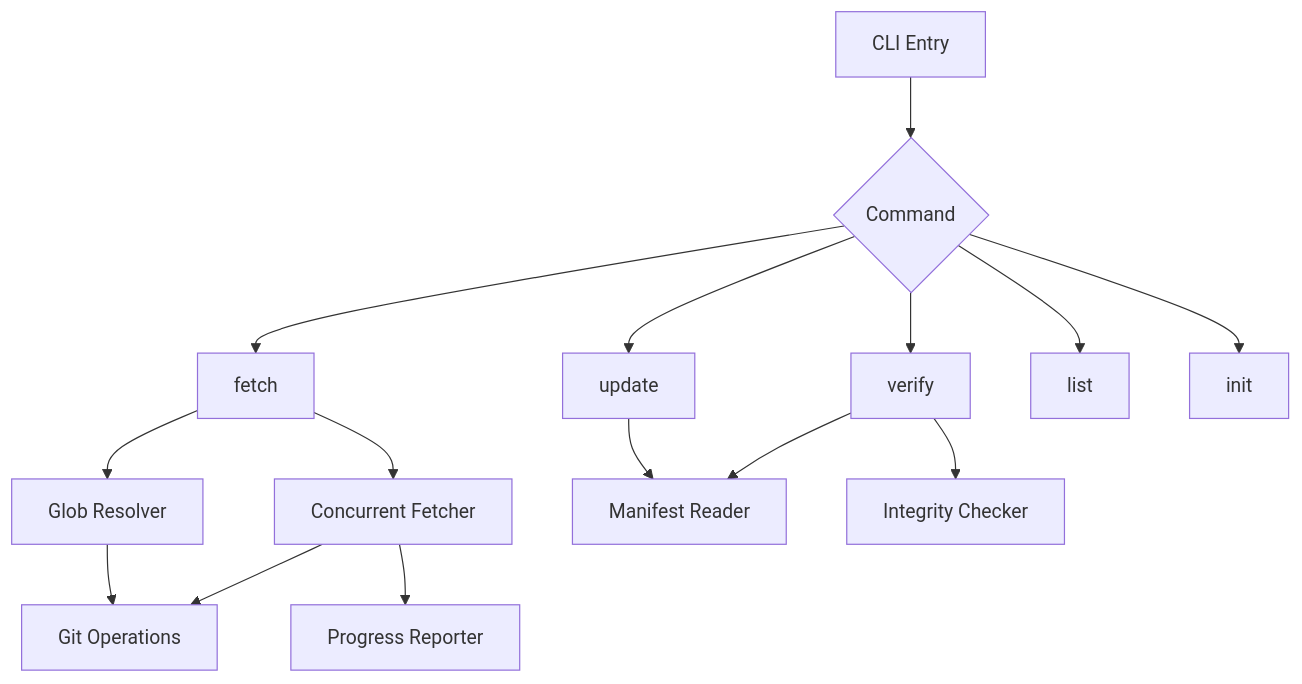
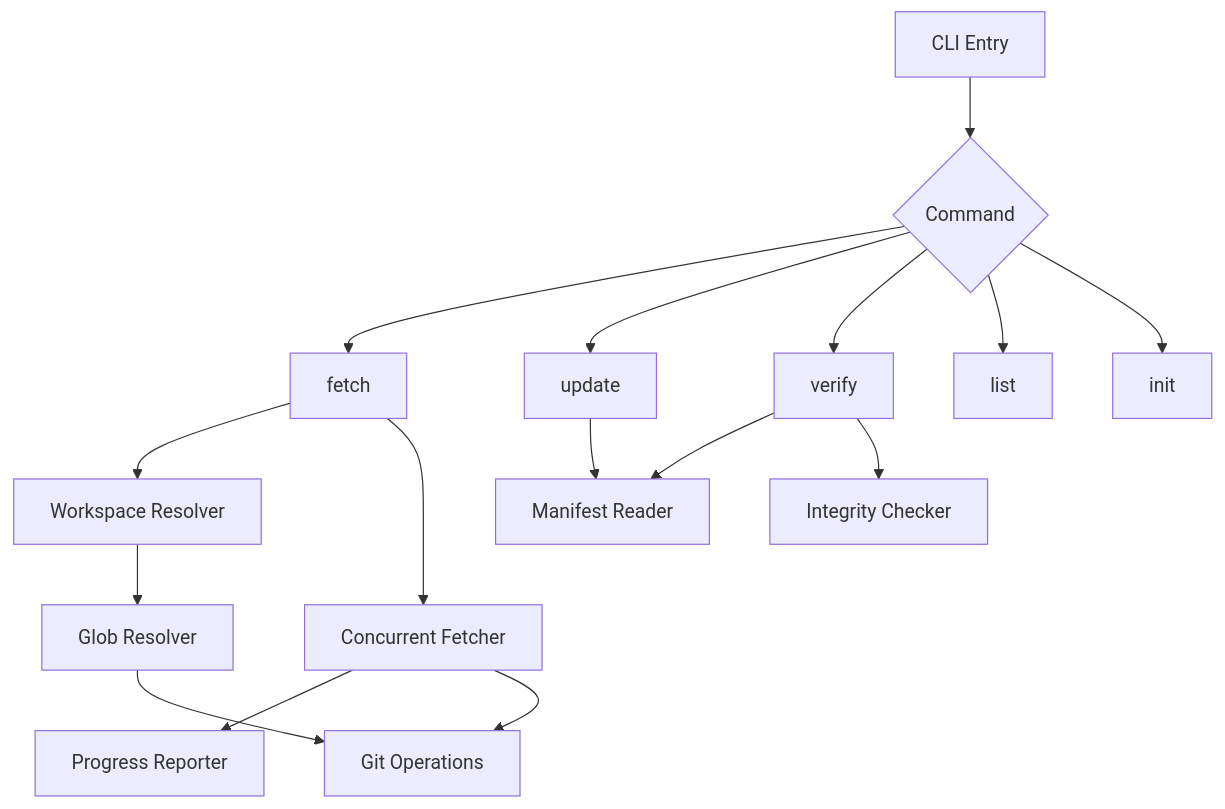
The diagram in plans/index.aps.md (arkahna/git-file-fetch), drawn with Mermaid before and after one commit. The commit also changed other lines of this file and 2 other files, not shown here.

First line of the commit message:
docs: add monorepo workspace support to v1.1 plan

````diff
--- a/plans/index.aps.md
+++ b/plans/index.aps.md
@@ -33,19 +34,20 @@
 ```mermaid
 graph TB
     CLI[CLI Entry] --> CMD{Command}
     CMD --> FETCH[fetch]
     CMD --> UPDATE[update]
     CMD --> VERIFY[verify]
     CMD --> LIST[list]
     CMD --> INIT[init]
 
-    FETCH --> GLOB[Glob Resolver]
+    FETCH --> WORKSPACE[Workspace Resolver]
+    WORKSPACE --> GLOB[Glob Resolver]
     FETCH --> CONCURRENT[Concurrent Fetcher]
     UPDATE --> MANIFEST[Manifest Reader]
     VERIFY --> MANIFEST
     VERIFY --> INTEGRITY[Integrity Checker]
 
     CONCURRENT --> PROGRESS[Progress Reporter]
     GLOB --> GIT[Git Operations]
     CONCURRENT --> GIT
 ```
````
